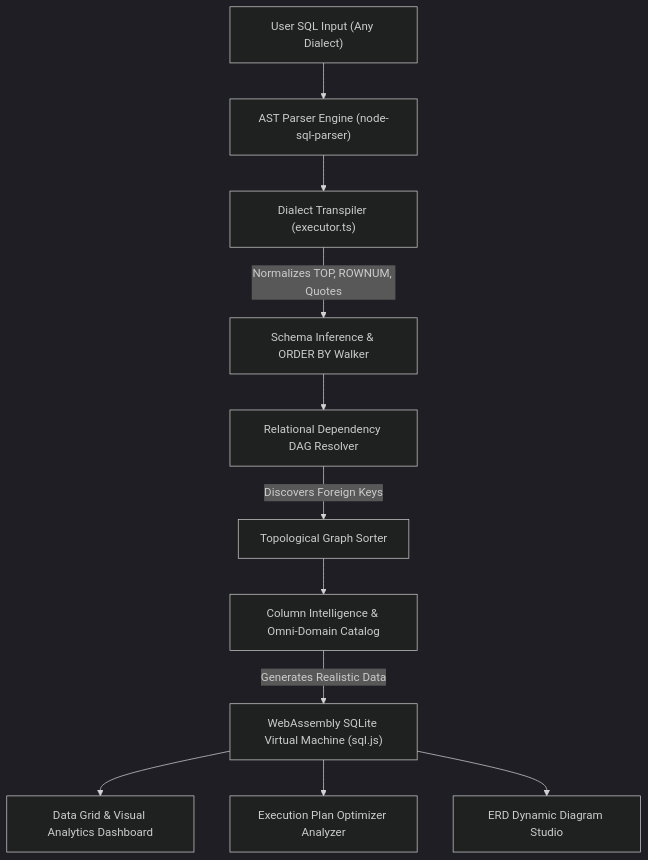
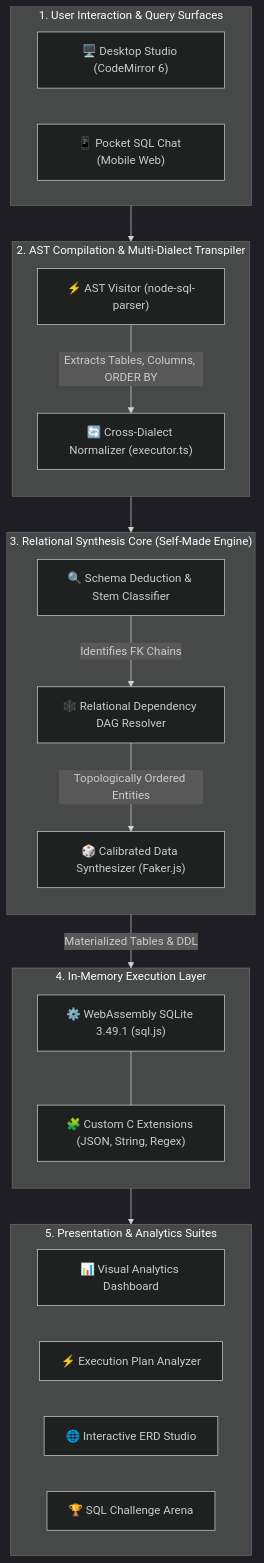
Before and after one commit to Mrityunjai-hue/exnihilo-95: the diagram in README.md, drawn with Mermaid (dark theme). The commit also changed other lines of this file and 2 other files, not shown here.

Commit message:
docs: replace ASCII art with real product screenshots, fix broken badge URLs, and upgrade architecture flowchart

````diff
--- a/README.md
+++ b/README.md
@@ -286,13 +288,44 @@
 ```mermaid
-flowchart TD
-    A["User SQL Input (Any Dialect)"] --> B["AST Parser Engine (node-sql-parser)"]
-    B --> C["Dialect Transpiler (executor.ts)"]
-    C -->|Normalizes TOP, ROWNUM, Quotes| D["Schema Inference & ORDER BY Walker"]
-    D --> E["Relational Dependency DAG Resolver"]
-    E -->|Discovers Foreign Keys| F["Topological Graph Sorter"]
-    F --> G["Column Intelligence & Omni-Domain Catalog"]
-    G -->|Generates Realistic Data| H["WebAssembly SQLite Virtual Machine (sql.js)"]
-    H --> I["Data Grid & Visual Analytics Dashboard"]
-    H --> J["Execution Plan Optimizer Analyzer"]
-    H --> K["ERD Dynamic Diagram Studio"]
+flowchart TB
+    subgraph UI ["1. User Interaction & Query Surfaces"]
+        direction LR
+        A["🖥️ Desktop Studio (CodeMirror 6)"] 
+        B["📱 Pocket SQL Chat (Mobile Web)"]
+    end
+
+    subgraph Compiler ["2. AST Compilation & Multi-Dialect Transpiler"]
+        direction TB
+        C["⚡ AST Visitor (node-sql-parser)"]
+        D["🔄 Cross-Dialect Normalizer (executor.ts)"]
+        C -->|Extracts Tables, Columns, ORDER BY| D
+    end
+
+    subgraph CoreEngine ["3. Relational Synthesis Core (Self-Made Engine)"]
+        direction TB
+        E["🔍 Schema Deduction & Stem Classifier"]
+        F["🕸️ Relational Dependency DAG Resolver"]
+        G["🎲 Calibrated Data Synthesizer (Faker.js)"]
+        E -->|Identifies FK Chains| F
+        F -->|Topologically Ordered Entities| G
+    end
+
+    subgraph WASMVM ["4. In-Memory Execution Layer"]
+        direction TB
+        H["⚙️ WebAssembly SQLite 3.49.1 (sql.js)"]
+        I["🧩 Custom C Extensions (JSON, String, Regex)"]
+        H --- I
+    end
+
+    subgraph Outputs ["5. Presentation & Analytics Suites"]
+        direction LR
+        J["📊 Visual Analytics Dashboard"]
+        K["⚡ Execution Plan Analyzer"]
+        L["🌐 Interactive ERD Studio"]
+        M["🏆 SQL Challenge Arena"]
+    end
+
+    UI --> Compiler
+    Compiler --> CoreEngine
+    CoreEngine -->|Materialized Tables & DDL| WASMVM
+    WASMVM --> Outputs
 ```
````
